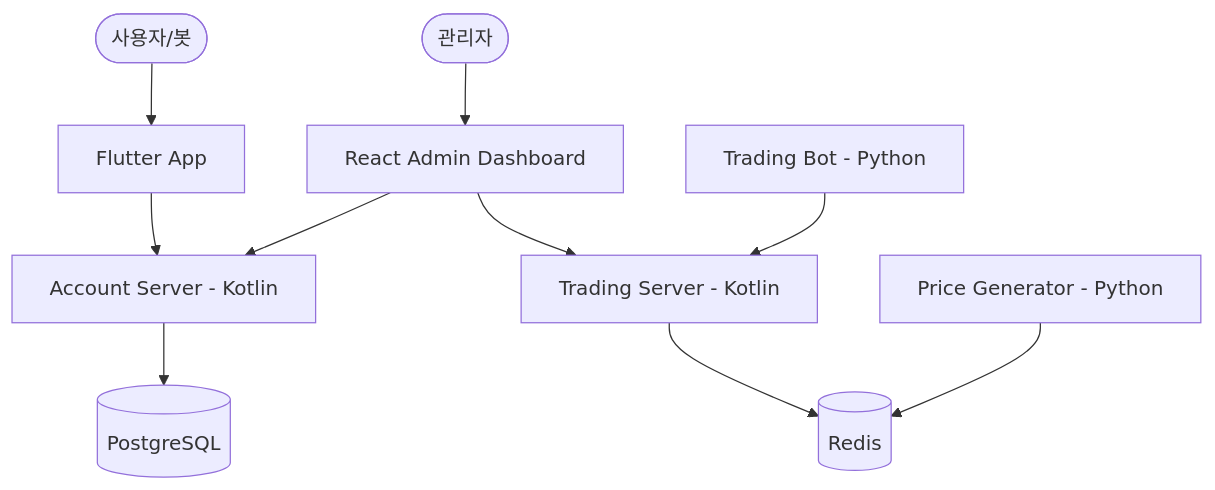
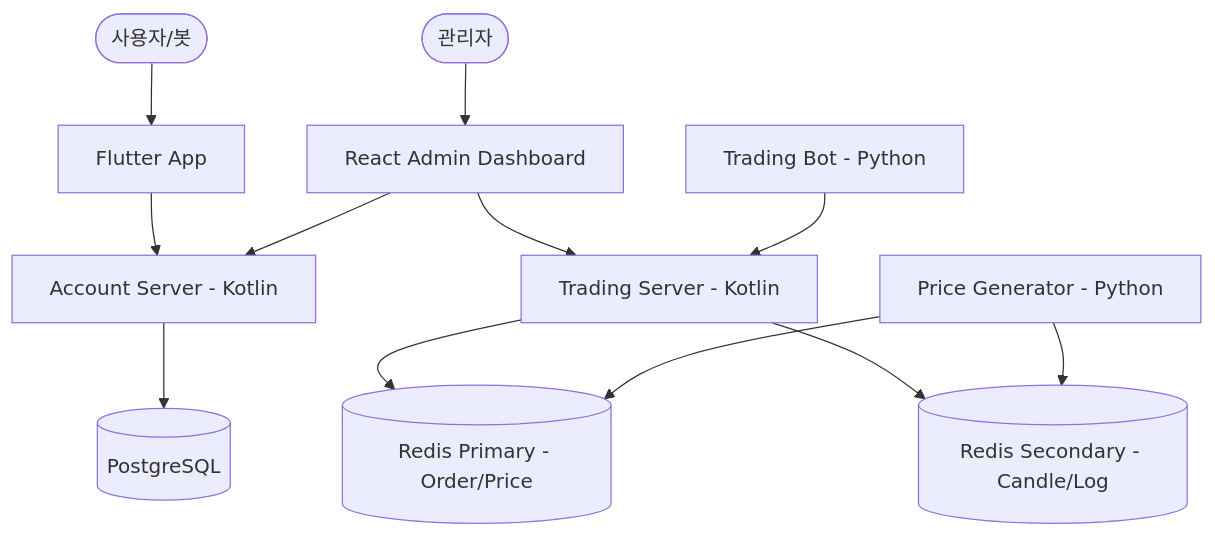
Before and after one commit to jungsik11/mts: the diagram in README.md, drawn with Mermaid. The commit also changed other lines of this file, not shown here.

Commit message:
docs: update README with Redis HA architecture and bot scaling

````diff
--- a/README.md
+++ b/README.md
@@ -9,15 +9,17 @@
 ```mermaid
 graph TD
     User([사용자/봇]) --> Flutter[Flutter App]
     Admin([관리자]) --> AdminWeb[React Admin Dashboard]
     
     Flutter --> AccountSrv[Account Server - Kotlin]
     AdminWeb --> AccountSrv
     AdminWeb --> TradingSrv[Trading Server - Kotlin]
     
     AccountSrv --> Postgres[(PostgreSQL)]
-    TradingSrv --> Redis[(Redis)]
+    TradingSrv --> RedisPrimary[(Redis Primary - Order/Price)]
+    TradingSrv --> RedisSecondary[(Redis Secondary - Candle/Log)]
     
-    PriceGen[Price Generator - Python] --> Redis
+    PriceGen[Price Generator - Python] --> RedisPrimary
+    PriceGen --> RedisSecondary
     TradingBot[Trading Bot - Python] --> TradingSrv
 ```
````
